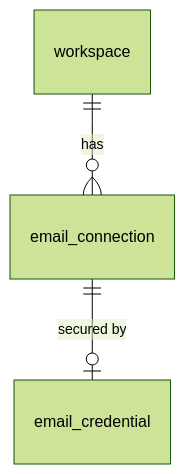
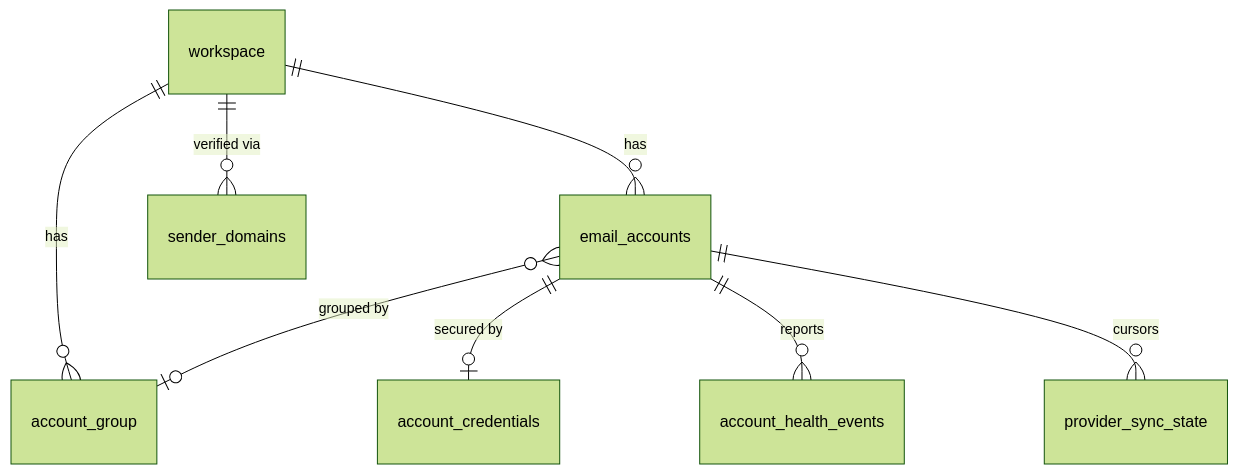
The second of 7 diagrams in docs/DATABASE.md (TalhaQureshi324/ARCADENCE-AI-Powered-Outreach-Sales-Engagement-Platform), drawn with Mermaid (forest theme) before and after one commit. The commit also changed other lines of this file and 31 other files, not shown here.

First line of the commit message:
feat(email): email account architecture (Phase 2.1)

````diff
--- a/docs/DATABASE.md
+++ b/docs/DATABASE.md
@@ -83,5 +89,10 @@
 ```mermaid
 erDiagram
-    workspace ||--o{ email_connection : has
-    email_connection ||--o| email_credential : "secured by"
+    workspace ||--o{ email_accounts : has
+    workspace ||--o{ account_group : has
+    email_accounts }o--o| account_group : "grouped by"
+    email_accounts ||--o| account_credentials : "secured by"
+    email_accounts ||--o{ account_health_events : "reports"
+    email_accounts ||--o{ provider_sync_state : "cursors"
+    workspace ||--o{ sender_domains : "verified via"
 ```
````
